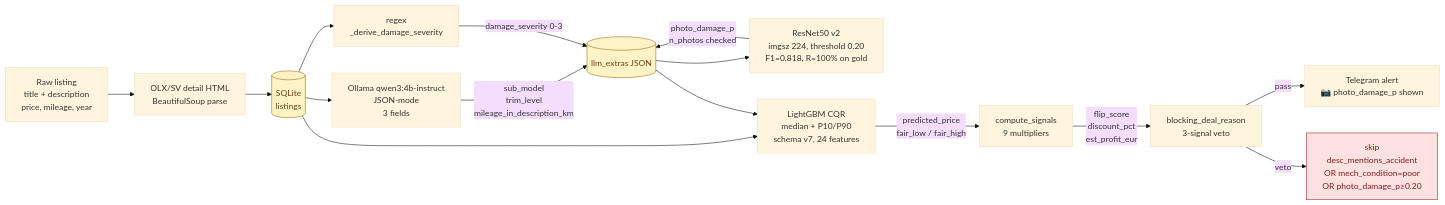
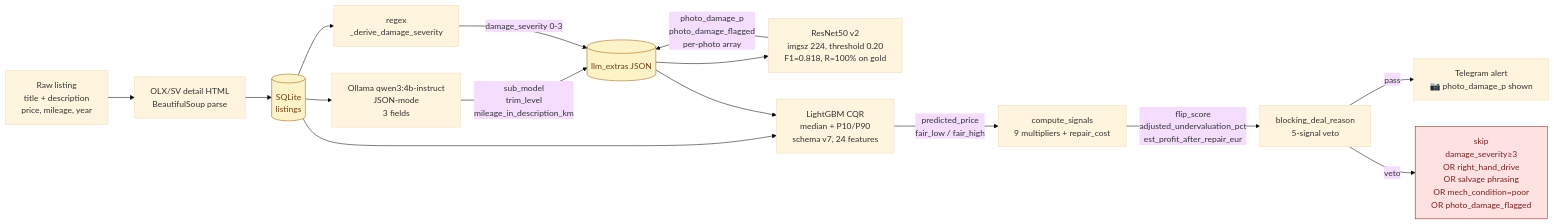
One commit to nikit34/olx-car-parser changed the second of 2 diagrams in README.md. Above: the diagram before and after it, drawn with Mermaid (base theme). The commit also changed other lines of this file, not shown here.

````diff
--- a/README.md
+++ b/README.md
@@ -58,34 +70,34 @@
 ```mermaid
 flowchart LR
     A[Raw listing<br/>title + description<br/>price, mileage, year] --> B
     B[OLX/SV detail HTML<br/>BeautifulSoup parse] --> C
     C[(SQLite<br/>listings)]:::db
 
     C --> D
     D[Ollama qwen3:4b-instruct<br/>JSON-mode<br/>3 fields]
     D -->|sub_model<br/>trim_level<br/>mileage_in_description_km| E
 
     C --> R[regex<br/>_derive_damage_severity]
     R -->|damage_severity 0-3| E
 
     E[(llm_extras JSON)]:::db
     E --> F
 
     F[ResNet50 v2<br/>imgsz 224, threshold 0.20<br/>F1=0.818, R=100% on gold]
-    F -->|photo_damage_p<br/>n_photos checked| E
+    F -->|photo_damage_p<br/>photo_damage_flagged<br/>per-photo array| E
 
     C --> G
     E --> G
     G[LightGBM CQR<br/>median + P10/P90<br/>schema v7, 24 features]
     G -->|predicted_price<br/>fair_low / fair_high| H
 
-    H[compute_signals<br/>9 multipliers]
-    H -->|flip_score<br/>discount_pct<br/>est_profit_eur| I
+    H[compute_signals<br/>9 multipliers + repair_cost]
+    H -->|flip_score<br/>adjusted_undervaluation_pct<br/>est_profit_after_repair_eur| I
 
-    I[blocking_deal_reason<br/>3-signal veto]
+    I[blocking_deal_reason<br/>5-signal veto]
     I -->|pass| J[Telegram alert<br/>📷 photo_damage_p shown]
-    I -->|veto| X[skip<br/>desc_mentions_accident<br/>OR mech_condition=poor<br/>OR photo_damage_p≥0.20]:::veto
+    I -->|veto| X[skip<br/>damage_severity≥3<br/>OR right_hand_drive<br/>OR salvage phrasing<br/>OR mech_condition=poor<br/>OR photo_damage_flagged]:::veto
 
     classDef db fill:#fef3c7,stroke:#a16207,color:#713f12
     classDef veto fill:#fee2e2,stroke:#991b1b,color:#7f1d1d
 ```
````
